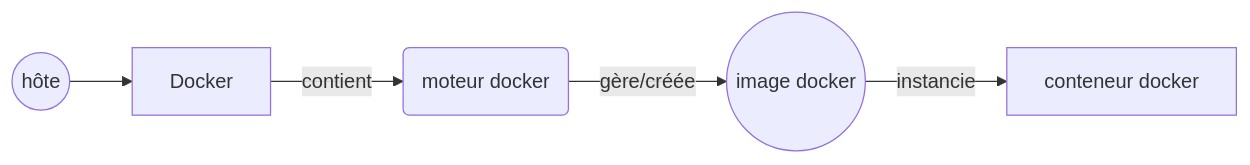
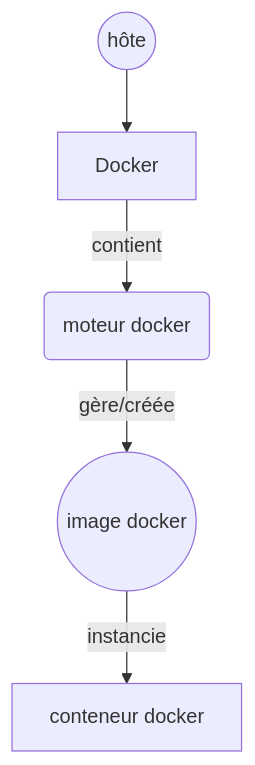
Before and after one commit to lukihd/Labo-Cloud-2020-2021: the diagram in ressources/docker/cours/Readme.md, drawn with Mermaid.

Commit message:
graph LR TR

````diff
--- a/ressources/docker/cours/Readme.md
+++ b/ressources/docker/cours/Readme.md
@@ -26,11 +26,11 @@
 ``` mermaid 
-graph LR
+graph TB
 
 Host((hôte)) --> Docker
 Docker -- contient  --> Engine(moteur docker)
 Engine -- gère/créée --> image
 image -- instancie --> container[conteneur docker]
 image((image docker))
 
 
 ```
````
